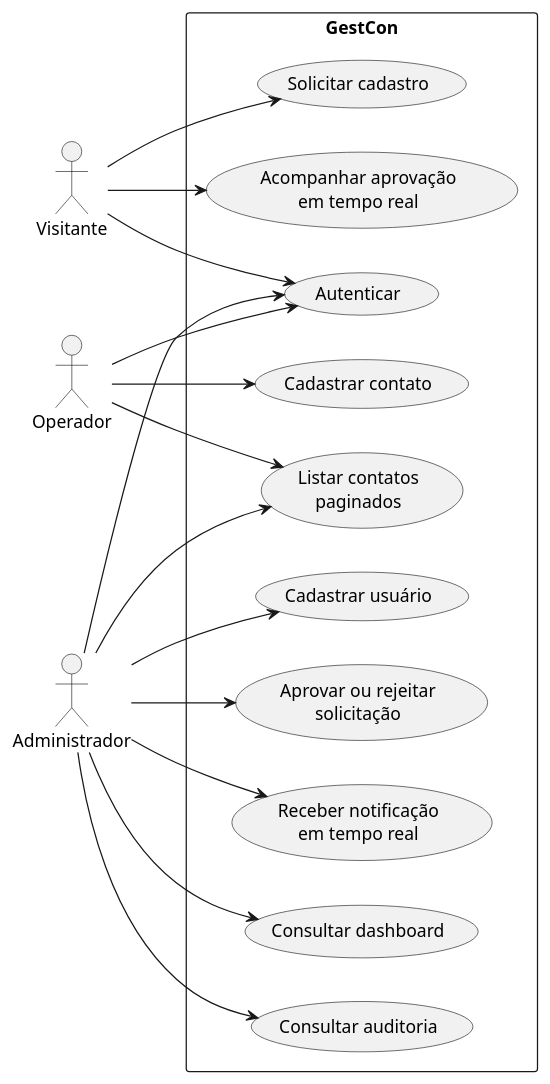
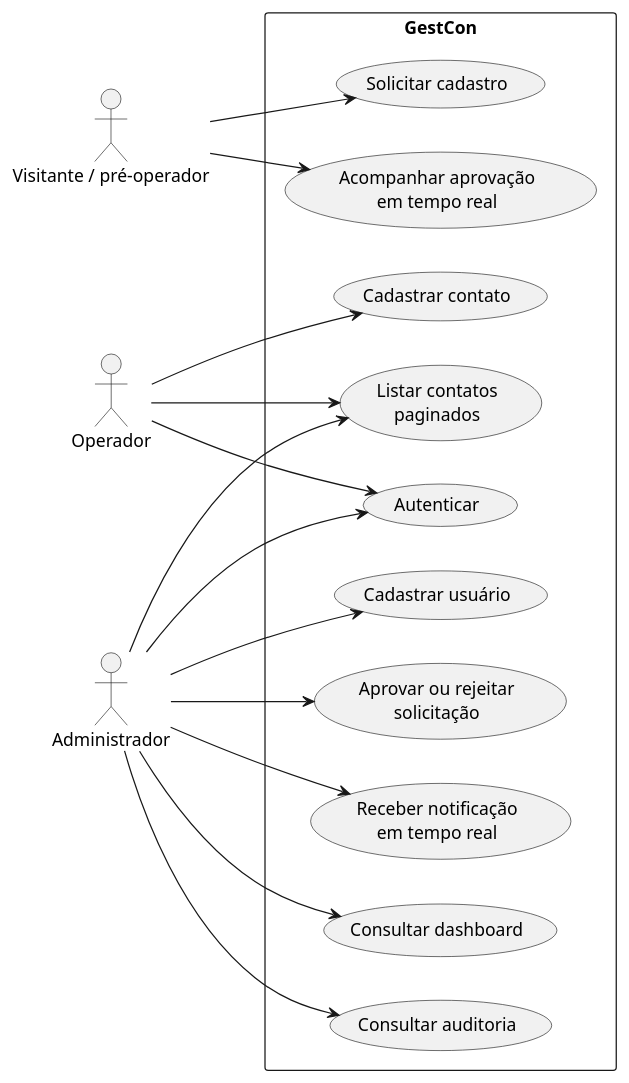
Before and after one commit to Gui-SBarbosa/Plataforma-Gestao-de-Contatos: the diagram in docs/uml/use-cases.puml, drawn with PlantUML. The commit also changed other lines of this file and 11 other files, not shown here.

Commit message:
docs(uml): align diagrams with deployed system

```diff
--- a/docs/uml/use-cases.puml
+++ b/docs/uml/use-cases.puml
@@ -1,34 +1,33 @@
 @startuml
 left to right direction
 skinparam packageStyle rectangle
-actor Visitante
+actor "Visitante / pré-operador" as Visitante
 actor Operador
 actor Administrador
 
 rectangle GestCon {
   usecase "Autenticar" as UC1
   usecase "Solicitar cadastro" as UC2
   usecase "Acompanhar aprovação\nem tempo real" as UC3
   usecase "Cadastrar contato" as UC4
   usecase "Listar contatos\npaginados" as UC5
   usecase "Cadastrar usuário" as UC6
   usecase "Aprovar ou rejeitar\nsolicitação" as UC7
   usecase "Receber notificação\nem tempo real" as UC8
   usecase "Consultar dashboard" as UC9
   usecase "Consultar auditoria" as UC10
 }
 
-Visitante --> UC1
 Visitante --> UC2
 Visitante --> UC3
 Operador --> UC1
 Operador --> UC4
 Operador --> UC5
 Administrador --> UC1
 Administrador --> UC5
 Administrador --> UC6
 Administrador --> UC7
 Administrador --> UC8
 Administrador --> UC9
 Administrador --> UC10
 @enduml
```
